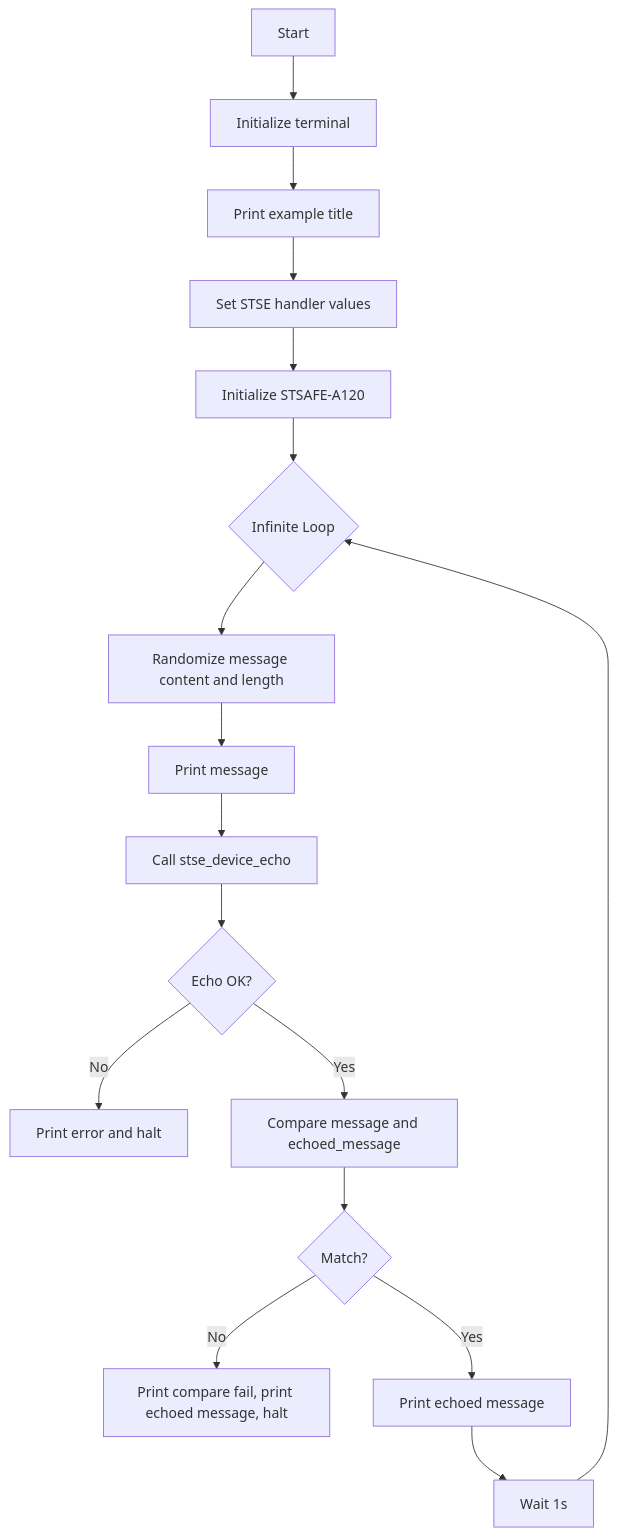
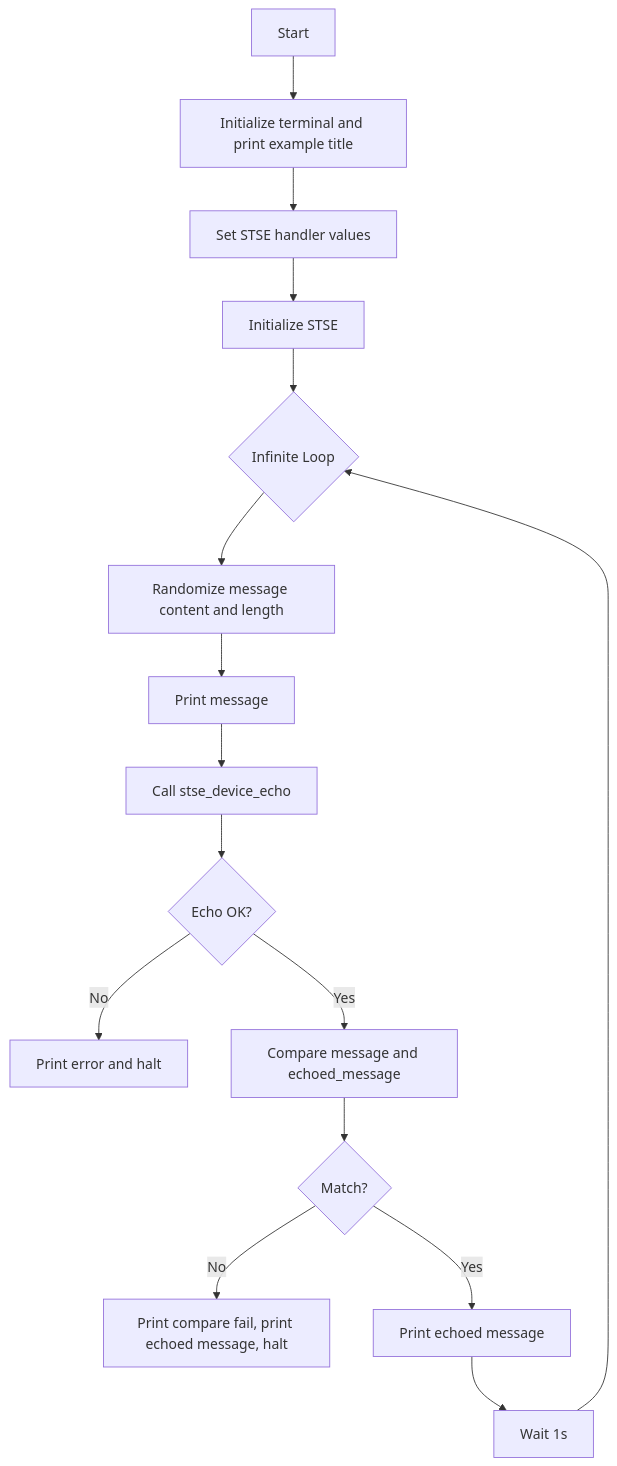
Before and after one commit to STMicroelectronics/STSAFE-A_echo: the second of 2 diagrams in README.md, drawn with Mermaid.

````diff
--- a/README.md
+++ b/README.md
@@ -29,19 +29,18 @@
 ```mermaid
 flowchart TD
-    A[Start] --> B[Initialize terminal]
-    B --> C[Print example title]
+    A[Start] --> C[Initialize terminal and print example title]
     C --> E[Set STSE handler values]
-    E --> F[Initialize STSAFE-A120]
+    E --> F[Initialize STSE]
     F --> I{Infinite Loop}
     I --> J[Randomize message content and length]
     J --> K[Print message]
     K --> L[Call stse_device_echo]
     L --> M{Echo OK?}
     M -- No --> N[Print error and halt]
     M -- Yes --> O[Compare message and echoed_message]
     O --> P{Match?}
     P -- No --> Q[Print compare fail, print echoed message, halt]
     P -- Yes --> R[Print echoed message]
     R --> S[Wait 1s]
     S --> I
 ```
````
